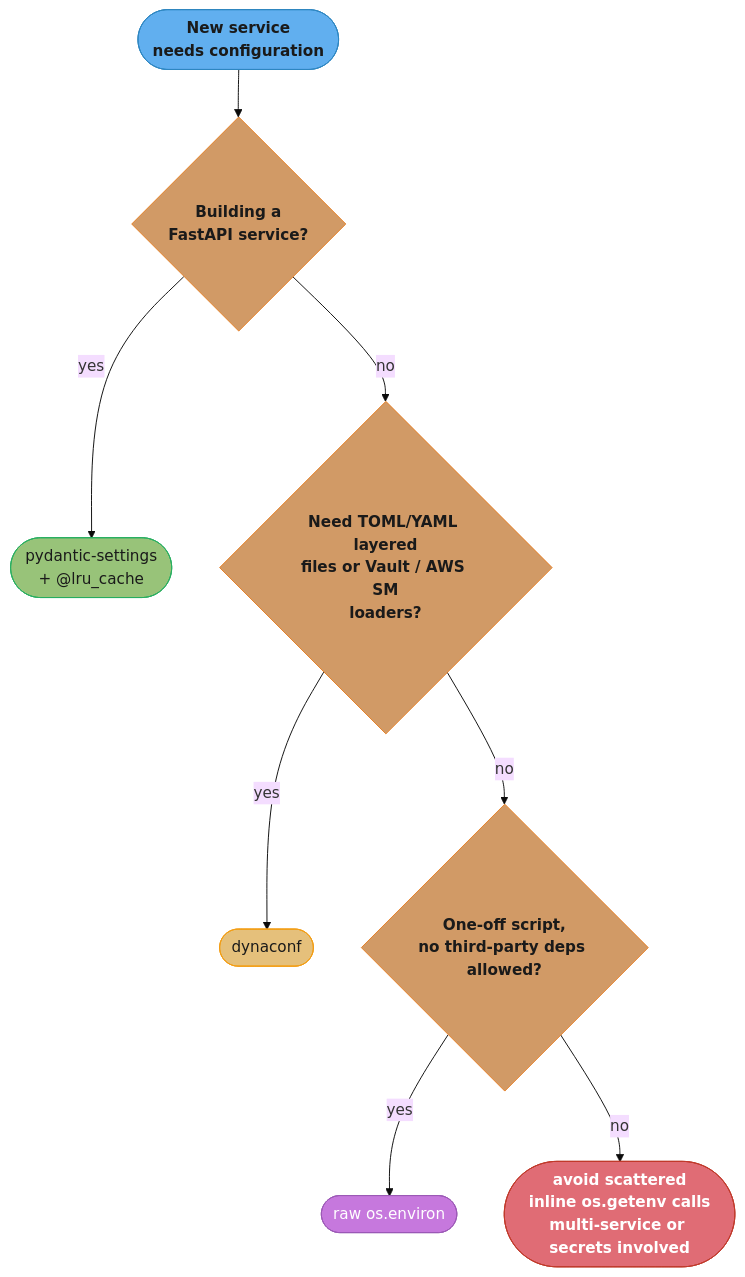
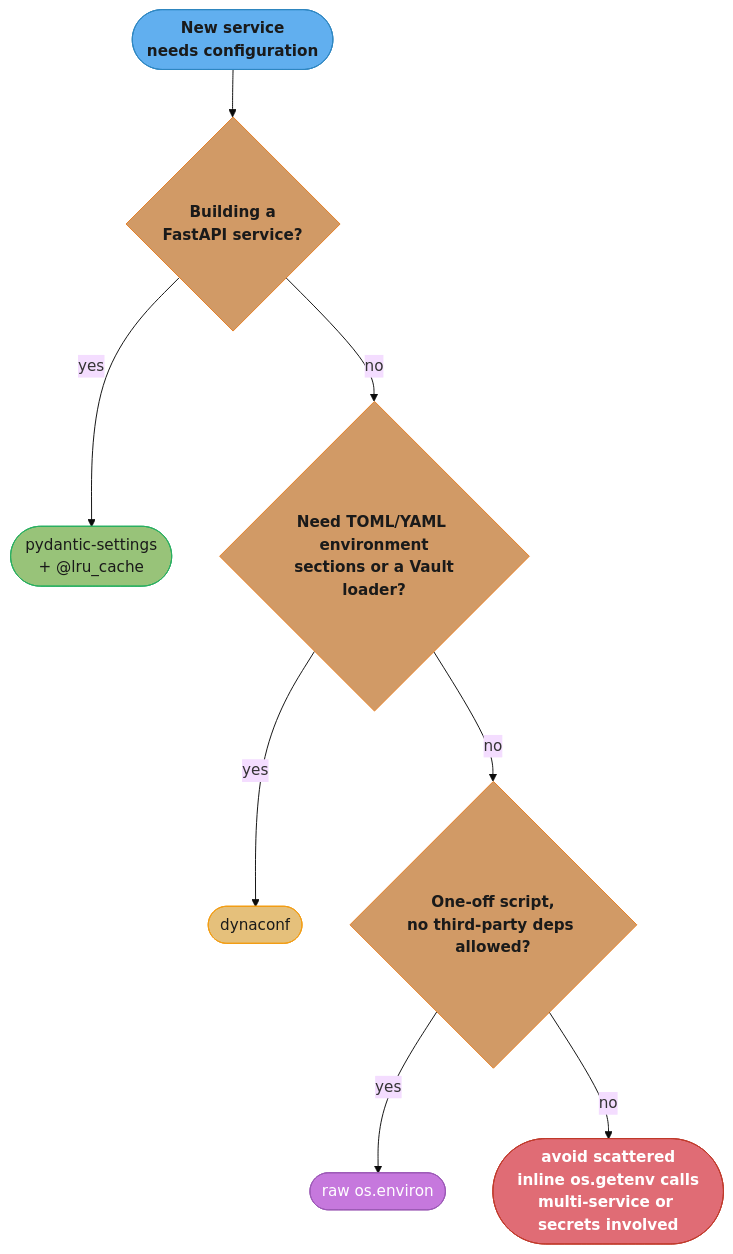
Before and after one commit to rppol/system-design: the fifth of 6 diagrams in src/main/java/com/rutik/systemdesign/fastapi/configuration_and_settings_management/configuration_and_settings_management.md, drawn with Mermaid (base theme). The commit also changed other lines of this file and 655 other files, not shown here.

````diff
--- a/src/main/java/com/rutik/systemdesign/fastapi/configuration_and_settings_management/configuration_and_settings_management.md
+++ b/src/main/java/com/rutik/systemdesign/fastapi/configuration_and_settings_management/configuration_and_settings_management.md
@@ -530,27 +546,27 @@
 ```mermaid
 flowchart TD
     classDef io      fill:#61afef,stroke:#2e86c1,color:#1a1a1a,font-weight:bold
     classDef frozen  fill:#c678dd,stroke:#9b59b6,color:#fff
     classDef train   fill:#98c379,stroke:#27ae60,color:#1a1a1a
     classDef mathOp  fill:#d19a66,stroke:#e67e22,color:#1a1a1a,font-weight:bold
     classDef lossN   fill:#e06c75,stroke:#c0392b,color:#fff,font-weight:bold
     classDef req     fill:#56b6c2,stroke:#0097a7,color:#1a1a1a
     classDef base    fill:#e5c07b,stroke:#f39c12,color:#1a1a1a
 
     START(["New service<br/>needs configuration"]) --> Q1{"Building a<br/>FastAPI service?"}
     Q1 -->|"yes"| R1(["pydantic-settings<br/>+ @lru_cache"])
-    Q1 -->|"no"| Q2{"Need TOML/YAML layered<br/>files or Vault / AWS SM<br/>loaders?"}
+    Q1 -->|"no"| Q2{"Need TOML/YAML environment<br/>sections or a Vault<br/>loader?"}
     Q2 -->|"yes"| R2(["dynaconf"])
     Q2 -->|"no"| Q3{"One-off script,<br/>no third-party deps allowed?"}
     Q3 -->|"yes"| R3(["raw os.environ"])
     Q3 -->|"no"| R4(["avoid scattered<br/>inline os.getenv calls<br/>multi-service or secrets involved"])
 
     class START io
     class Q1 mathOp
     class Q2 mathOp
     class Q3 mathOp
     class R1 train
     class R2 base
     class R3 frozen
     class R4 lossN
 ```
````
